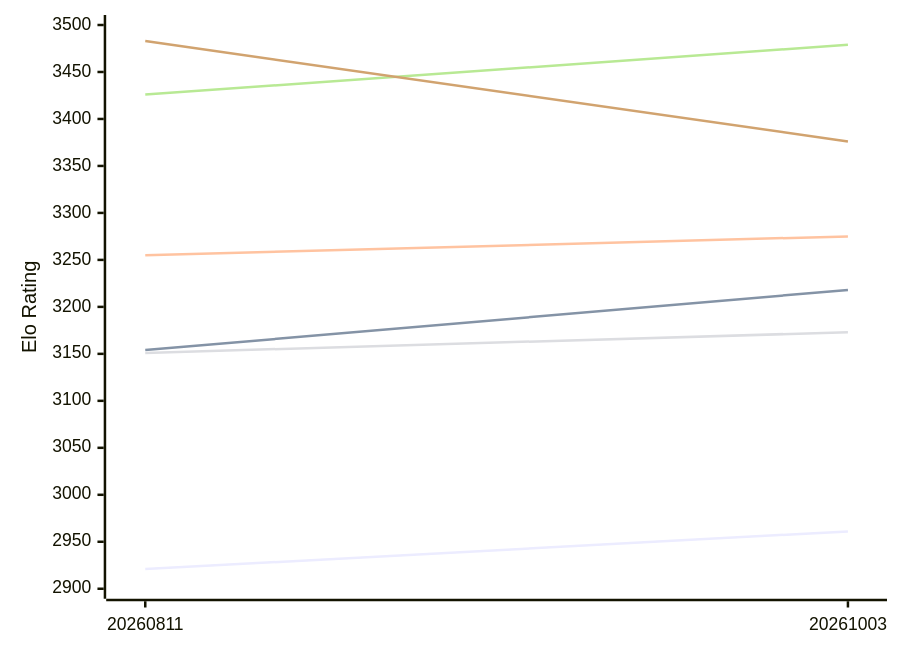
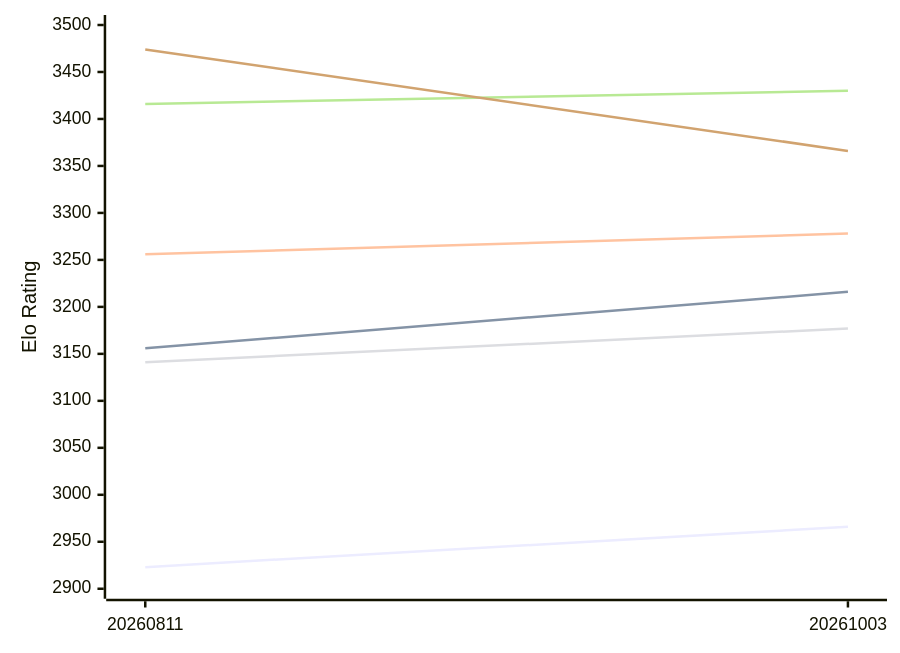
Before and after one commit to computer-chess-index/cci: the first of 2 diagrams in engines/Askaig.md, drawn with Mermaid. The commit also changed other lines of this file, not shown here.

Commit message:
Update CCI Ratings (ELO VLTC) - 2026-10-12

````diff
--- a/engines/Askaig.md
+++ b/engines/Askaig.md
@@ -52,12 +52,12 @@
 ```mermaid
 %%{init: {"theme":"base","themeVariables":{"seriesColors:['#a3a3a3','#222221','#faa371']}}}%%
 xychart-beta
   x-axis ["20260811", "20261003"]
   y-axis "Elo Rating" 2900 --> 3500
-  line "E1: STC (8.0+0.08s)" [2921, 2961]
-  line "E1: LTC (60.0+0.60s)" [3154, 3218]
-  line "E1: VLTC (2m24s+1.12s)" [3255, 3275]
-  line "P1: STC (8.0+0.08s)" [3151, 3173]
-  line "P1: LTC (60.0+0.60s)" [3426, 3479]
-  line "P1: VLTC (2m24s+1.12s)" [3483, 3376]
+  line "E1: STC (8.0+0.08s)" [2923, 2966]
+  line "E1: LTC (60.0+0.60s)" [3156, 3216]
+  line "E1: VLTC (2m24s+1.12s)" [3256, 3278]
+  line "P1: STC (8.0+0.08s)" [3141, 3177]
+  line "P1: LTC (60.0+0.60s)" [3416, 3430]
+  line "P1: VLTC (2m24s+1.12s)" [3474, 3366]
 ```
````
